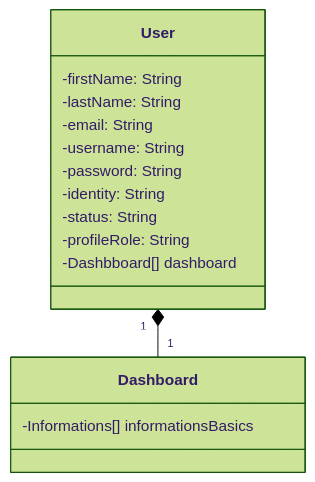
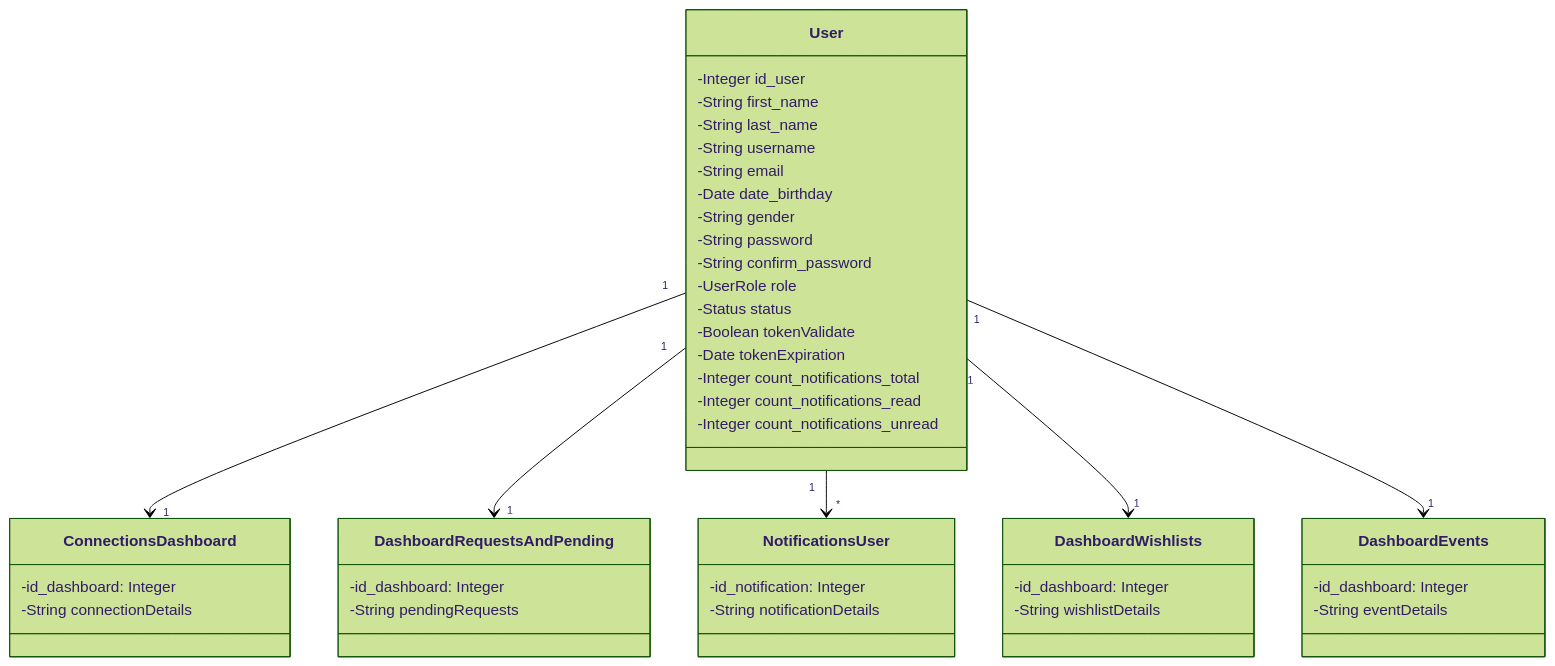
One commit to devluanna/api-wishly-app changed the diagram in README.md. Above: the diagram before and after it, drawn with Mermaid (forest theme). The commit also changed other lines of this file, not shown here.

````diff
--- a/README.md
+++ b/README.md
@@ -29,23 +33,53 @@
 ``` mermaid
 
 classDiagram
     class User {
-        -firstName: String
-        -lastName: String
-        -email: String
-        -username: String
-        -password: String
-        -identity: String
-        -status: String
-        -profileRole: String
-        -Dashbboard[] dashboard
+        -Integer id_user
+        -String first_name
+        -String last_name
+        -String username
+        -String email
+        -Date date_birthday
+        -String gender
+        -String password
+        -String confirm_password
+        -UserRole role
+        -Status status
+        -Boolean tokenValidate
+        -Date tokenExpiration
+        -Integer count_notifications_total
+        -Integer count_notifications_read
+        -Integer count_notifications_unread
     }
 
-    class Dashboard {
-        -Informations[] informationsBasics
+    class ConnectionsDashboard {
+        -id_dashboard: Integer
+        -String connectionDetails
     }
 
+    class DashboardRequestsAndPending {
+        -id_dashboard: Integer
+        -String pendingRequests
+    }
 
-   User "1" *-- "1" Dashboard
+    class NotificationsUser {
+        -id_notification: Integer
+        -String notificationDetails
+    }
 
+    class DashboardWishlists {
+        -id_dashboard: Integer
+        -String wishlistDetails
+    }
+
+    class DashboardEvents {
+        -id_dashboard: Integer
+        -String eventDetails
+    }
+
+    User "1" --> "1" ConnectionsDashboard
+    User "1" --> "1" DashboardRequestsAndPending
+    User "1" --> "*" NotificationsUser
+    User "1" --> "1" DashboardWishlists
+    User "1" --> "1" DashboardEvents
 ```
````
